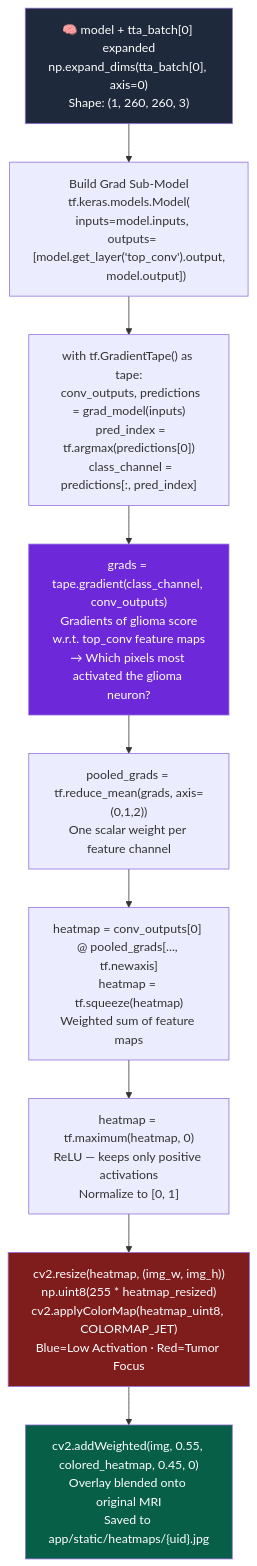
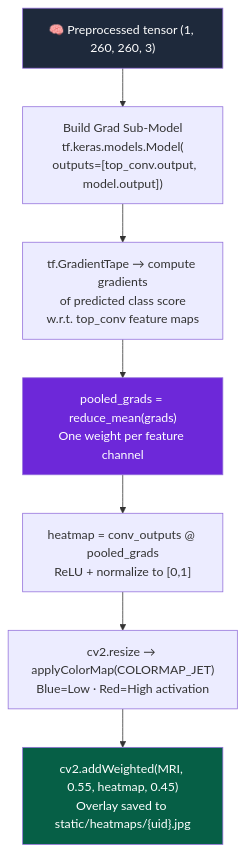
Before and after one commit to rajakumar123-commit/NeuroScan: the fifth of 5 diagrams in README.md, drawn with Mermaid. The commit also changed other lines of this file and 1 other file, not shown here.

````diff
--- a/README.md
+++ b/README.md
@@ -252,25 +310,14 @@
 ```mermaid
 flowchart TD
-    A["🧠 model + tta_batch[0] expanded\nnp.expand_dims(tta_batch[0], axis=0)\nShape: (1, 260, 260, 3)"]
-
-    A --> B["Build Grad Sub-Model\ntf.keras.models.Model(\n  inputs=model.inputs,\n  outputs=[model.get_layer('top_conv').output,\n           model.output])"]
-
-    B --> C["with tf.GradientTape() as tape:\n  conv_outputs, predictions = grad_model(inputs)\n  pred_index = tf.argmax(predictions[0])\n  class_channel = predictions[:, pred_index]"]
-
-    C --> D["grads = tape.gradient(class_channel, conv_outputs)\nGradients of glioma score\nw.r.t. top_conv feature maps\n→ Which pixels most activated the glioma neuron?"]
-
-    D --> E["pooled_grads = tf.reduce_mean(grads, axis=(0,1,2))\nOne scalar weight per feature channel"]
-
-    E --> F["heatmap = conv_outputs[0] @ pooled_grads[..., tf.newaxis]\nheatmap = tf.squeeze(heatmap)\nWeighted sum of feature maps"]
-
-    F --> G["heatmap = tf.maximum(heatmap, 0)\nReLU — keeps only positive activations\nNormalize to [0, 1]"]
-
-    G --> H["cv2.resize(heatmap, (img_w, img_h))\nnp.uint8(255 * heatmap_resized)\ncv2.applyColorMap(heatmap_uint8, COLORMAP_JET)\nBlue=Low Activation · Red=Tumor Focus"]
-
-    H --> I["cv2.addWeighted(img, 0.55, colored_heatmap, 0.45, 0)\nOverlay blended onto original MRI\nSaved to app/static/heatmaps/{uid}.jpg"]
+    A["🧠 Preprocessed tensor (1, 260, 260, 3)"]
+    A --> B["Build Grad Sub-Model\ntf.keras.models.Model(\n  outputs=[top_conv.output, model.output])"]
+    B --> C["tf.GradientTape → compute gradients\nof predicted class score\nw.r.t. top_conv feature maps"]
+    C --> D["pooled_grads = reduce_mean(grads)\nOne weight per feature channel"]
+    D --> E["heatmap = conv_outputs @ pooled_grads\nReLU + normalize to [0,1]"]
+    E --> F["cv2.resize → applyColorMap(COLORMAP_JET)\nBlue=Low · Red=High activation"]
+    F --> G["cv2.addWeighted(MRI, 0.55, heatmap, 0.45)\nOverlay saved to static/heatmaps/{uid}.jpg"]
 
     style A fill:#1e293b,color:#fff
     style D fill:#6d28d9,color:#fff
-    style H fill:#7f1d1d,color:#fff
-    style I fill:#065f46,color:#fff
+    style G fill:#065f46,color:#fff
 ```
````
